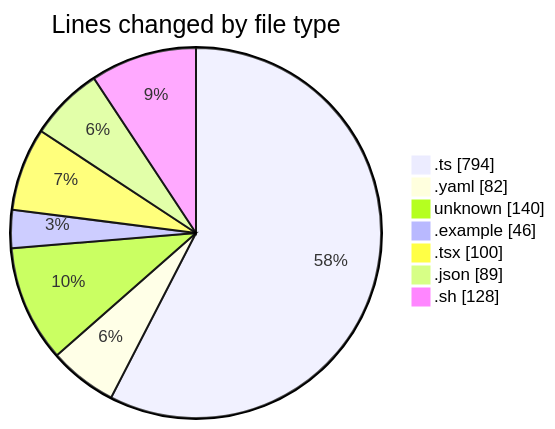
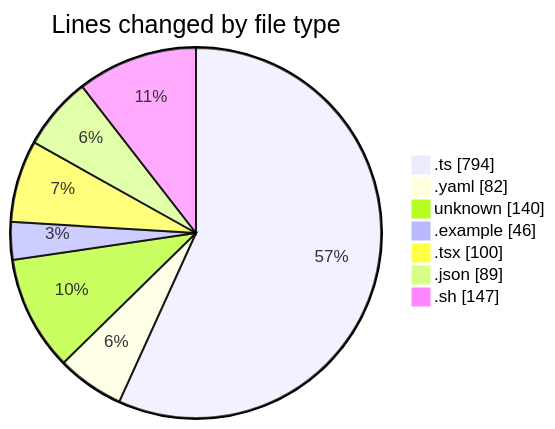
Before and after one commit to mevix1/code-tracking: the first of 2 diagrams in 2025-10-01/open-health/README.md, drawn with Mermaid. The commit also changed other lines of this file and 1 other file, not shown here.

````diff
--- a/2025-10-01/open-health/README.md
+++ b/2025-10-01/open-health/README.md
@@ -35,11 +36,11 @@
 ```mermaid
 pie showData
 title Lines changed by file type
 ".ts" : 794
 ".yaml" : 82
 "unknown" : 140
 ".example" : 46
 ".tsx" : 100
 ".json" : 89
-".sh" : 128
+".sh" : 147
 ```
````
